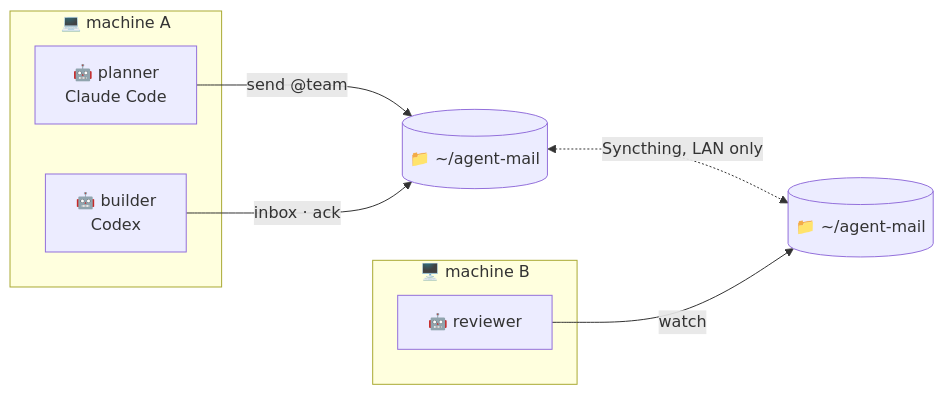
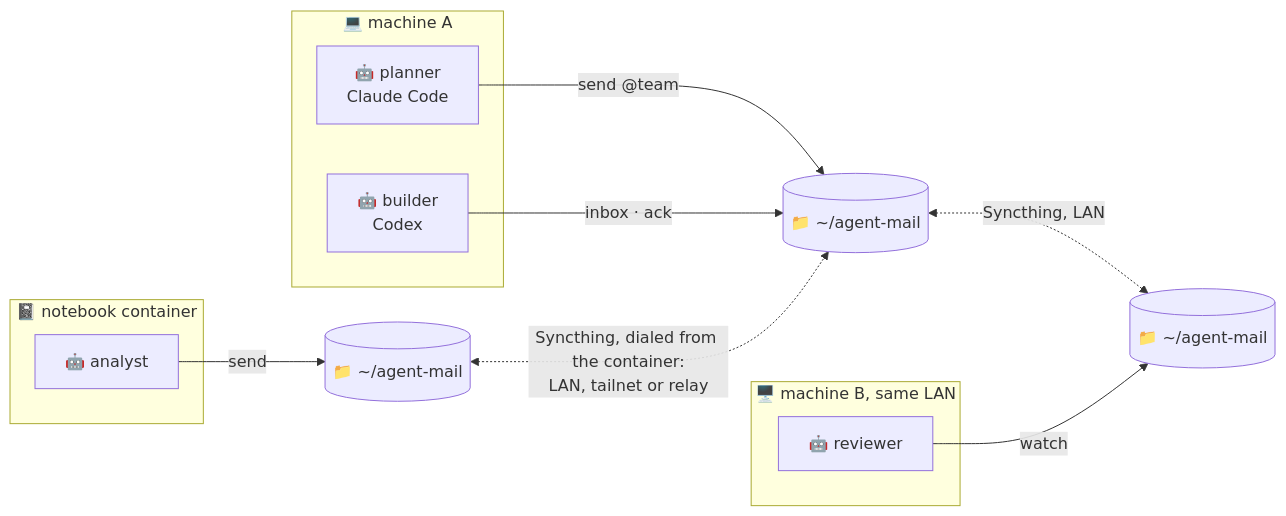
The diagram in README.md (nidduzzi/agent-mail), drawn with Mermaid before and after one commit. The commit also changed other lines of this file and 1 other file, not shown here.

Commit message:
docs(readme): containers that only dial out, and syncing across the internet

````diff
--- a/README.md
+++ b/README.md
@@ -20,14 +20,19 @@
 ```mermaid
 flowchart LR
   subgraph A["💻 machine A"]
     planner["🤖 planner<br/>Claude Code"]
     builder["🤖 builder<br/>Codex"]
   end
-  subgraph B["🖥️ machine B"]
+  subgraph B["🖥️ machine B, same LAN"]
     reviewer["🤖 reviewer"]
+  end
+  subgraph C["📓 notebook container"]
+    analyst["🤖 analyst"]
   end
   planner -- "send @team" --> boxA[("📁 ~/agent-mail")]
   builder -- "inbox · ack" --> boxA
-  boxA <-. "Syncthing, LAN only" .-> boxB[("📁 ~/agent-mail")]
+  boxA <-. "Syncthing, LAN" .-> boxB[("📁 ~/agent-mail")]
+  boxC[("📁 ~/agent-mail")] <-. "Syncthing, dialed from the container:<br/>LAN, tailnet or relay" .-> boxA
   reviewer -- "watch" --> boxB
+  analyst -- "send" --> boxC
 ```
````
